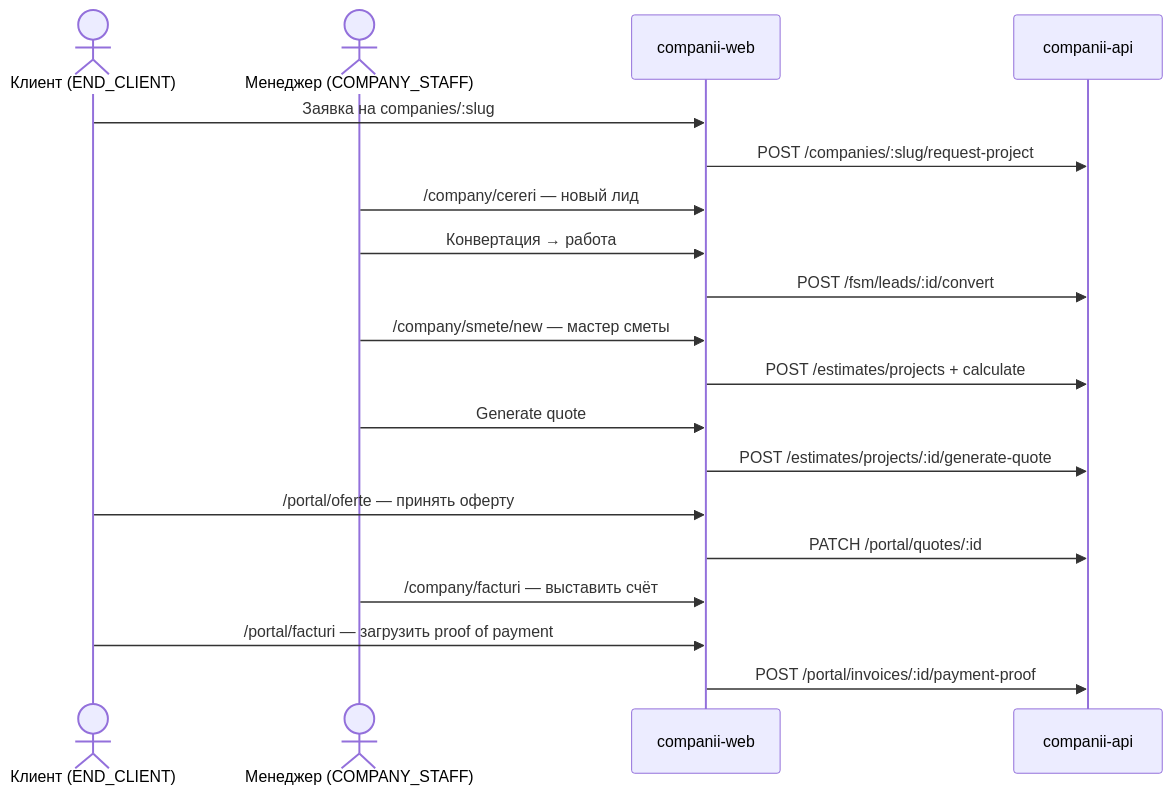
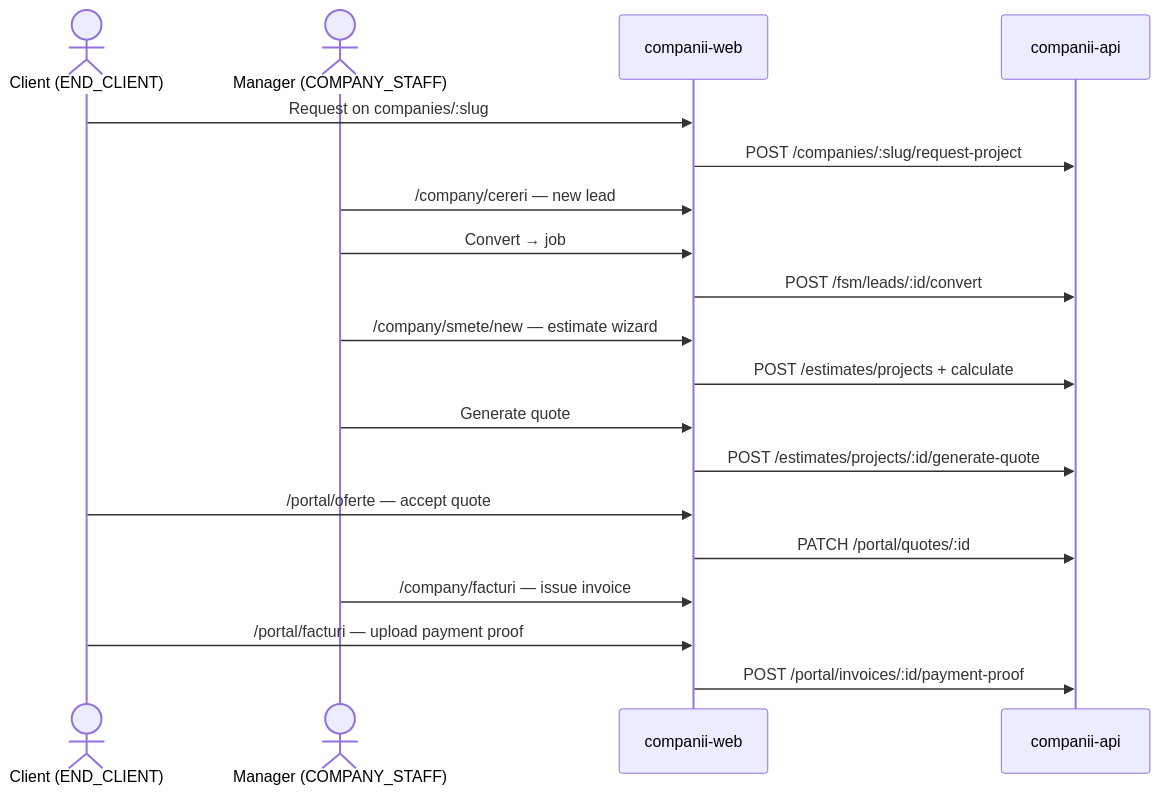
One commit to 1GoodCod1/companii-web changed the seventh of 11 diagrams in README.md. Above: the diagram before and after it, drawn with Mermaid. The commit also changed other lines of this file and 5 other files, not shown here.

````diff
--- a/README.md
+++ b/README.md
@@ -309,22 +311,22 @@
 ```mermaid
 sequenceDiagram
-    actor Client as Клиент (END_CLIENT)
-    actor Staff as Менеджер (COMPANY_STAFF)
+    actor Client as Client (END_CLIENT)
+    actor Staff as Manager (COMPANY_STAFF)
     participant WEB as companii-web
     participant API as companii-api
 
-    Client->>WEB: Заявка на companies/:slug
+    Client->>WEB: Request on companies/:slug
     WEB->>API: POST /companies/:slug/request-project
-    Staff->>WEB: /company/cereri — новый лид
-    Staff->>WEB: Конвертация → работа
-  WEB->>API: POST /fsm/leads/:id/convert
-    Staff->>WEB: /company/smete/new — мастер сметы
+    Staff->>WEB: /company/cereri — new lead
+    Staff->>WEB: Convert → job
+    WEB->>API: POST /fsm/leads/:id/convert
+    Staff->>WEB: /company/smete/new — estimate wizard
     WEB->>API: POST /estimates/projects + calculate
     Staff->>WEB: Generate quote
     WEB->>API: POST /estimates/projects/:id/generate-quote
-    Client->>WEB: /portal/oferte — принять оферту
+    Client->>WEB: /portal/oferte — accept quote
     WEB->>API: PATCH /portal/quotes/:id
-    Staff->>WEB: /company/facturi — выставить счёт
-    Client->>WEB: /portal/facturi — загрузить proof of payment
+    Staff->>WEB: /company/facturi — issue invoice
+    Client->>WEB: /portal/facturi — upload payment proof
     WEB->>API: POST /portal/invoices/:id/payment-proof
 ```
````
